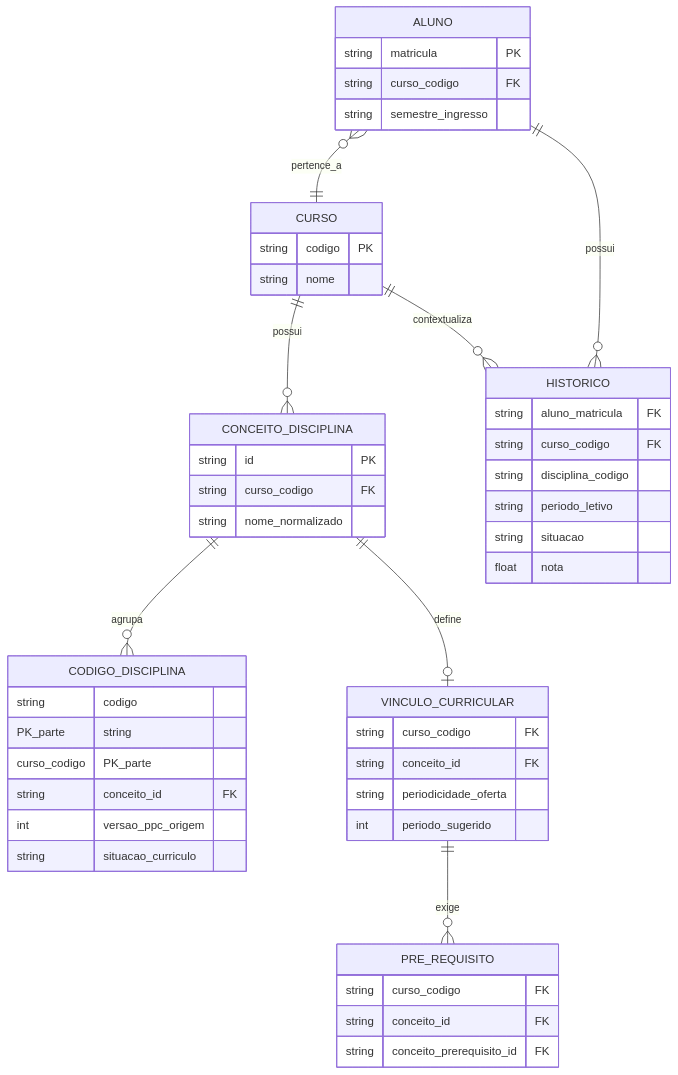
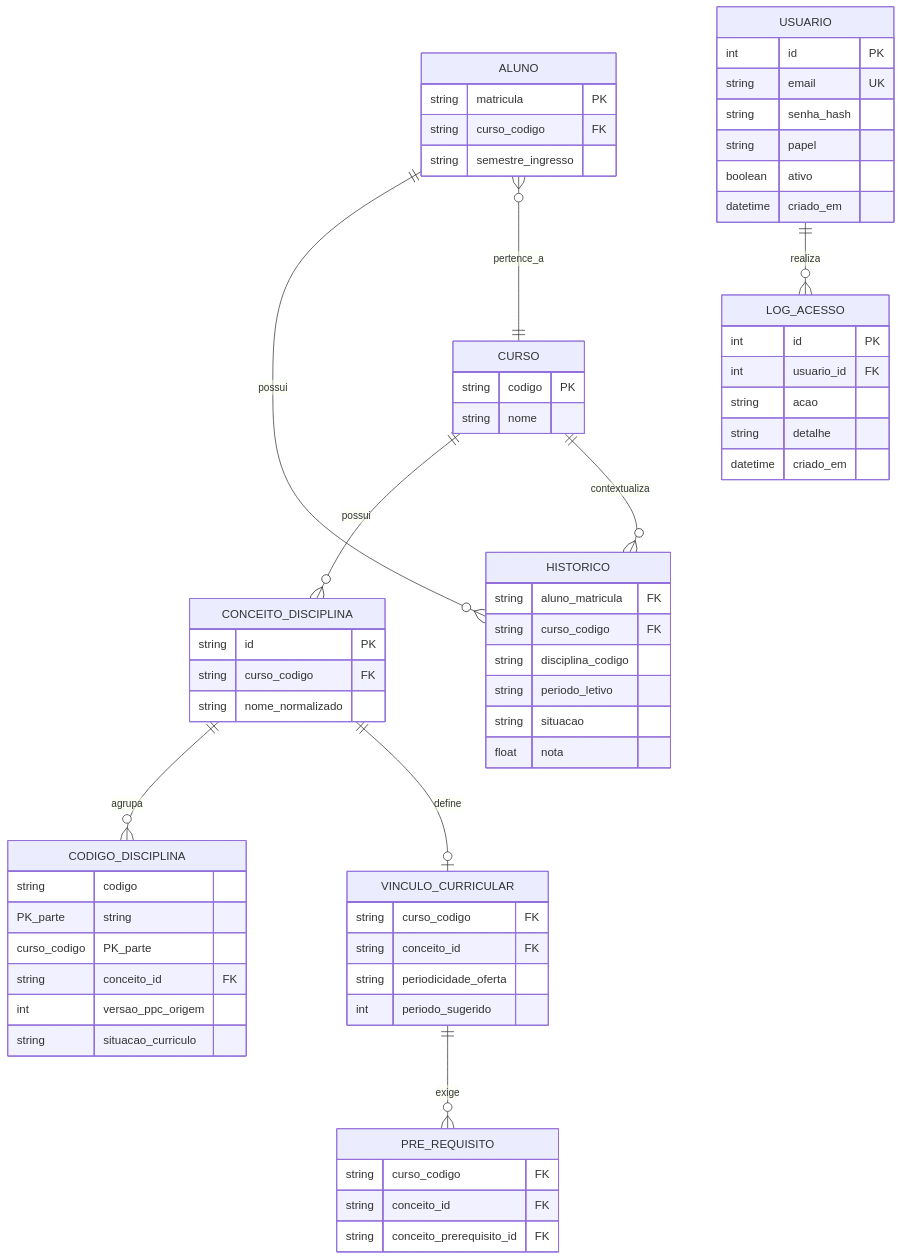
One commit to tauanisaucedaaluno-jp/sistema-oferta-disciplinas changed the diagram in arquitetura/system-design.md. Above: the diagram before and after it, drawn with Mermaid. The commit also changed other lines of this file and 29 other files, not shown here.

````diff
--- a/arquitetura/system-design.md
+++ b/arquitetura/system-design.md
@@ -216,51 +216,67 @@
 ```mermaid
 erDiagram
   CURSO ||--o{ CONCEITO_DISCIPLINA : possui
   CONCEITO_DISCIPLINA ||--o{ CODIGO_DISCIPLINA : agrupa
   CONCEITO_DISCIPLINA ||--o| VINCULO_CURRICULAR : define
   VINCULO_CURRICULAR ||--o{ PRE_REQUISITO : exige
   ALUNO ||--o{ HISTORICO : possui
   CURSO ||--o{ HISTORICO : contextualiza
   ALUNO }o--|| CURSO : pertence_a
+  USUARIO ||--o{ LOG_ACESSO : realiza
 
   CURSO {
     string codigo PK
     string nome
   }
   CONCEITO_DISCIPLINA {
     string id PK
     string curso_codigo FK
     string nome_normalizado
   }
   CODIGO_DISCIPLINA {
     string codigo PK_parte
     string curso_codigo PK_parte
     string conceito_id FK
     int versao_ppc_origem
     string situacao_curriculo
   }
   VINCULO_CURRICULAR {
     string curso_codigo FK
     string conceito_id FK
     string periodicidade_oferta
     int periodo_sugerido
   }
   PRE_REQUISITO {
     string curso_codigo FK
     string conceito_id FK
     string conceito_prerequisito_id FK
   }
   ALUNO {
     string matricula PK
     string curso_codigo FK
     string semestre_ingresso
   }
   HISTORICO {
     string aluno_matricula FK
     string curso_codigo FK
     string disciplina_codigo
     string periodo_letivo
     string situacao
     float nota
   }
+  USUARIO {
+    int id PK
+    string email UK
+    string senha_hash
+    string papel
+    boolean ativo
+    datetime criado_em
+  }
+  LOG_ACESSO {
+    int id PK
+    int usuario_id FK
+    string acao
+    string detalhe
+    datetime criado_em
+  }
 ```
````
